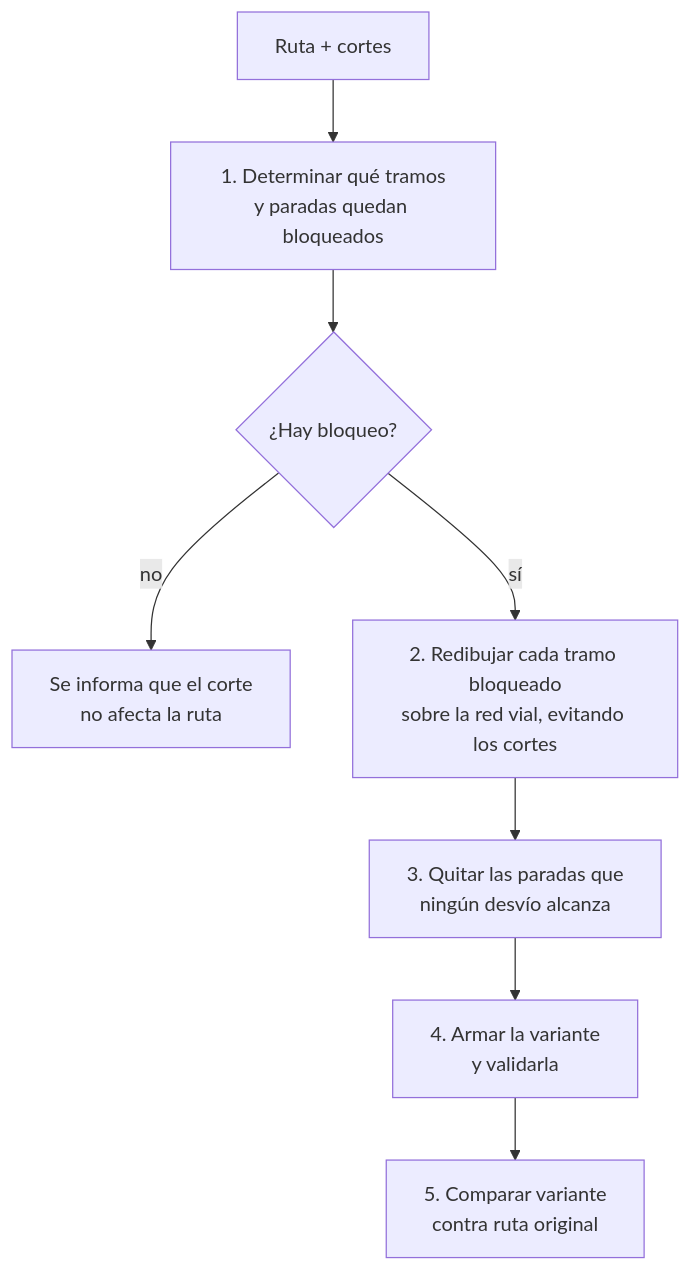
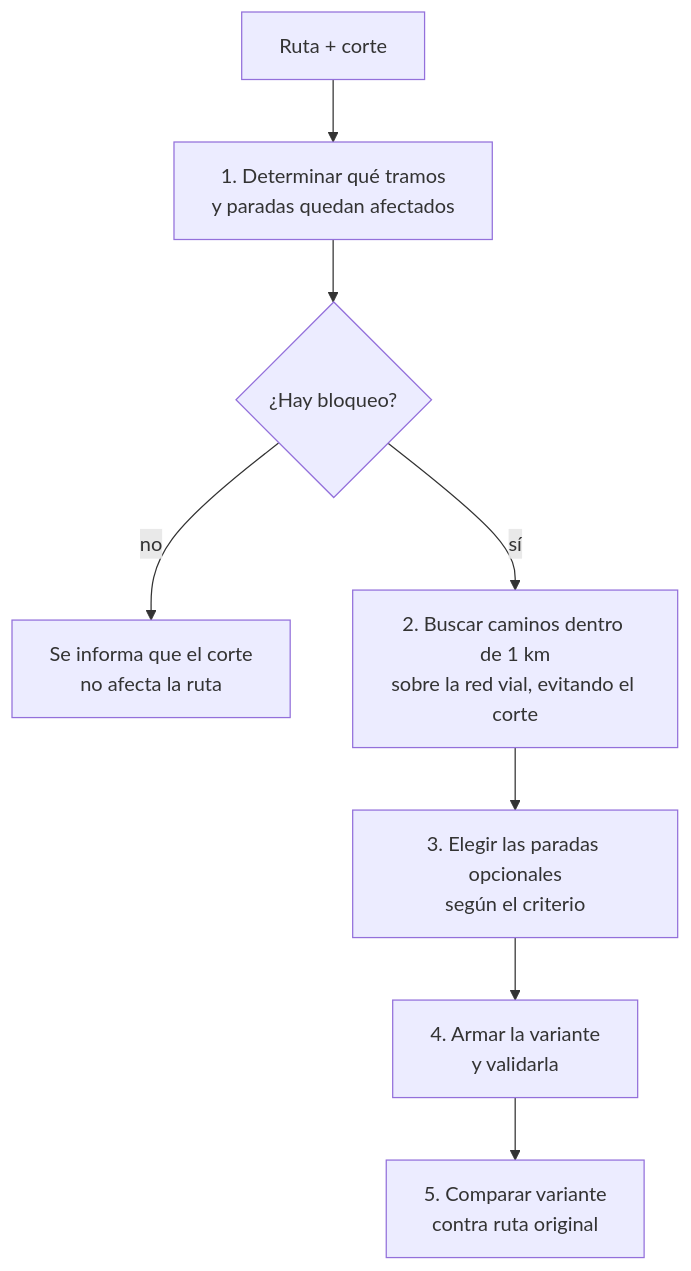
The sixth of 10 diagrams in docs/arquitectura_motor.md (ManuelGarciaF/motor-vialis), drawn with Mermaid before and after one commit. The commit also changed other lines of this file and 59 other files, not shown here.

````diff
--- a/docs/arquitectura_motor.md
+++ b/docs/arquitectura_motor.md
@@ -1394,10 +1395,10 @@
 ```mermaid
 flowchart TD
-    IN["Ruta + cortes"] --> HIT["1. Determinar qué tramos<br/>y paradas quedan bloqueados"]
+    IN["Ruta + corte"] --> HIT["1. Determinar qué tramos<br/>y paradas quedan afectados"]
     HIT --> NONE{"¿Hay bloqueo?"}
     NONE -- no --> SAME["Se informa que el corte<br/>no afecta la ruta"]
-    NONE -- sí --> REROUTE["2. Redibujar cada tramo bloqueado<br/>sobre la red vial, evitando los cortes"]
-    REROUTE --> DROP["3. Quitar las paradas que<br/>ningún desvío alcanza"]
+    NONE -- sí --> REROUTE["2. Buscar caminos dentro de 1 km<br/>sobre la red vial, evitando el corte"]
+    REROUTE --> DROP["3. Elegir las paradas opcionales<br/>según el criterio"]
     DROP --> VARIANT["4. Armar la variante<br/>y validarla"]
     VARIANT --> COMPARE["5. Comparar variante<br/>contra ruta original"]
 ```
````
